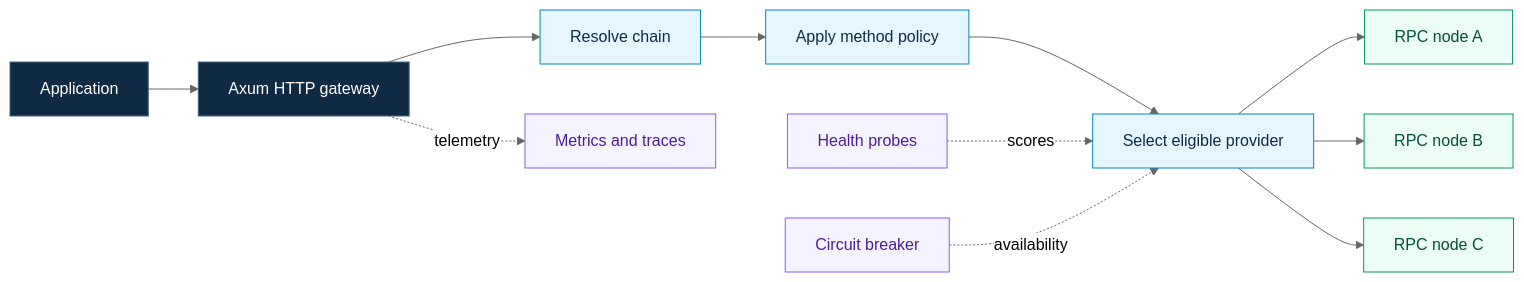
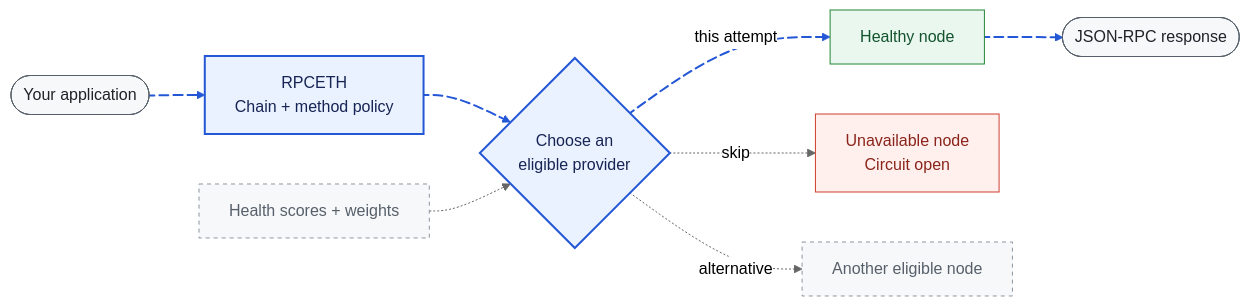
The diagram in README.md (umgbhalla/rpceth), drawn with Mermaid (neutral theme) before and after one commit. The commit also changed other lines of this file and 23 other files, not shown here.

Commit message:
docs: replace artwork with a wide banner and animated Mermaid flow

````diff
--- a/README.md
+++ b/README.md
@@ -32,22 +29,28 @@
 ```mermaid
 flowchart LR
-    app[Application] --> api[Axum HTTP gateway]
-    api --> chain[Resolve chain]
-    chain --> policy[Apply method policy]
-    policy --> select[Select eligible provider]
-    select --> a[RPC node A]
-    select --> b[RPC node B]
-    select --> c[RPC node C]
-    health[Health probes] -. scores .-> select
-    circuit[Circuit breaker] -. availability .-> select
-    api -. telemetry .-> observe[Metrics and traces]
+    app([Your application]) request@--> policy["RPCETH<br/>Chain + method policy"]
+    policy route@--> pool{"Choose an<br/>eligible provider"}
+    pool selected@-->|this attempt| healthy["Healthy node"]
+    healthy result@--> response([JSON-RPC response])
+    pool -. skip .-> failed["Unavailable node<br/>Circuit open"]
+    pool -. alternative .-> standby["Another eligible node"]
+    health["Health scores + weights"] -.-> pool
 
-    classDef entry fill:#102a43,stroke:#486581,color:#ffffff;
-    classDef routing fill:#e6f6ff,stroke:#0284c7,color:#102a43;
-    classDef node fill:#ecfdf5,stroke:#059669,color:#064e3b;
-    classDef support fill:#f5f3ff,stroke:#8b5cf6,color:#4c1d95;
-    class app,api entry;
-    class chain,policy,select routing;
-    class a,b,c node;
-    class health,circuit,observe support;
+    request@{ animation: slow }
+    route@{ animation: slow }
+    selected@{ animation: slow }
+    result@{ animation: slow }
+
+    classDef entry fill:#f6f8fa,stroke:#57606a,color:#1f2328;
+    classDef core fill:#eaf1ff,stroke:#2457d6,stroke-width:2px,color:#172554;
+    classDef healthy fill:#e9f7ef,stroke:#238636,color:#14532d;
+    classDef failed fill:#fff0ee,stroke:#cf3f30,color:#8b241b;
+    classDef muted fill:#f6f8fa,stroke:#8c959f,stroke-dasharray:4 4,color:#57606a;
+    classDef active stroke:#2457d6,stroke-width:2px;
+    class app,response entry;
+    class policy,pool core;
+    class healthy healthy;
+    class failed failed;
+    class standby,health muted;
+    class request,route,selected,result active;
 ```
````
